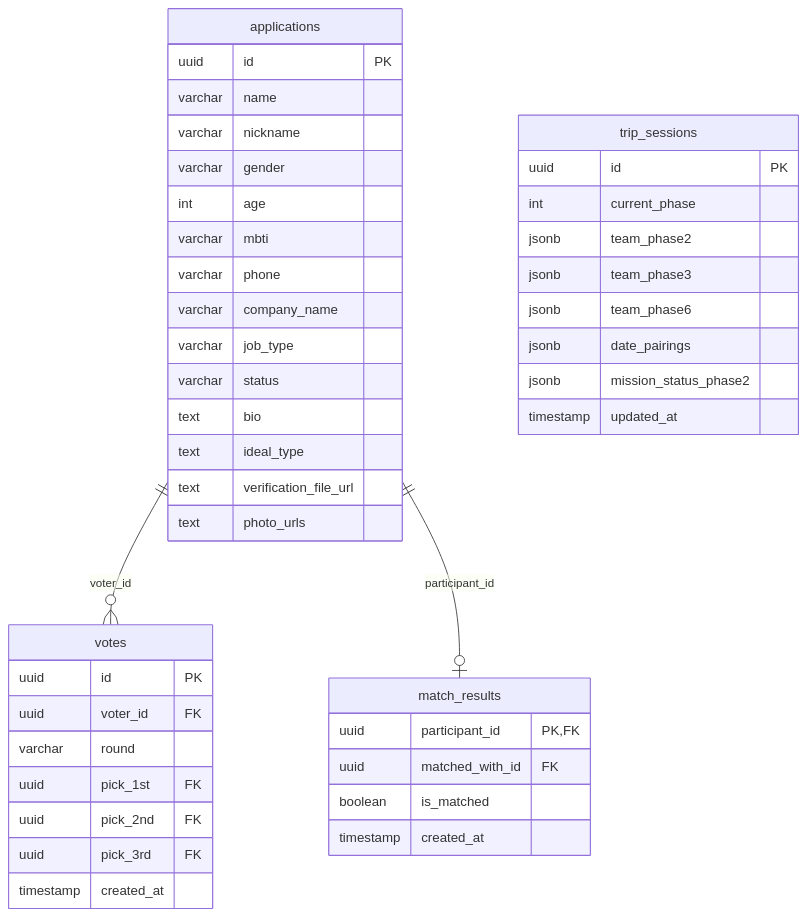
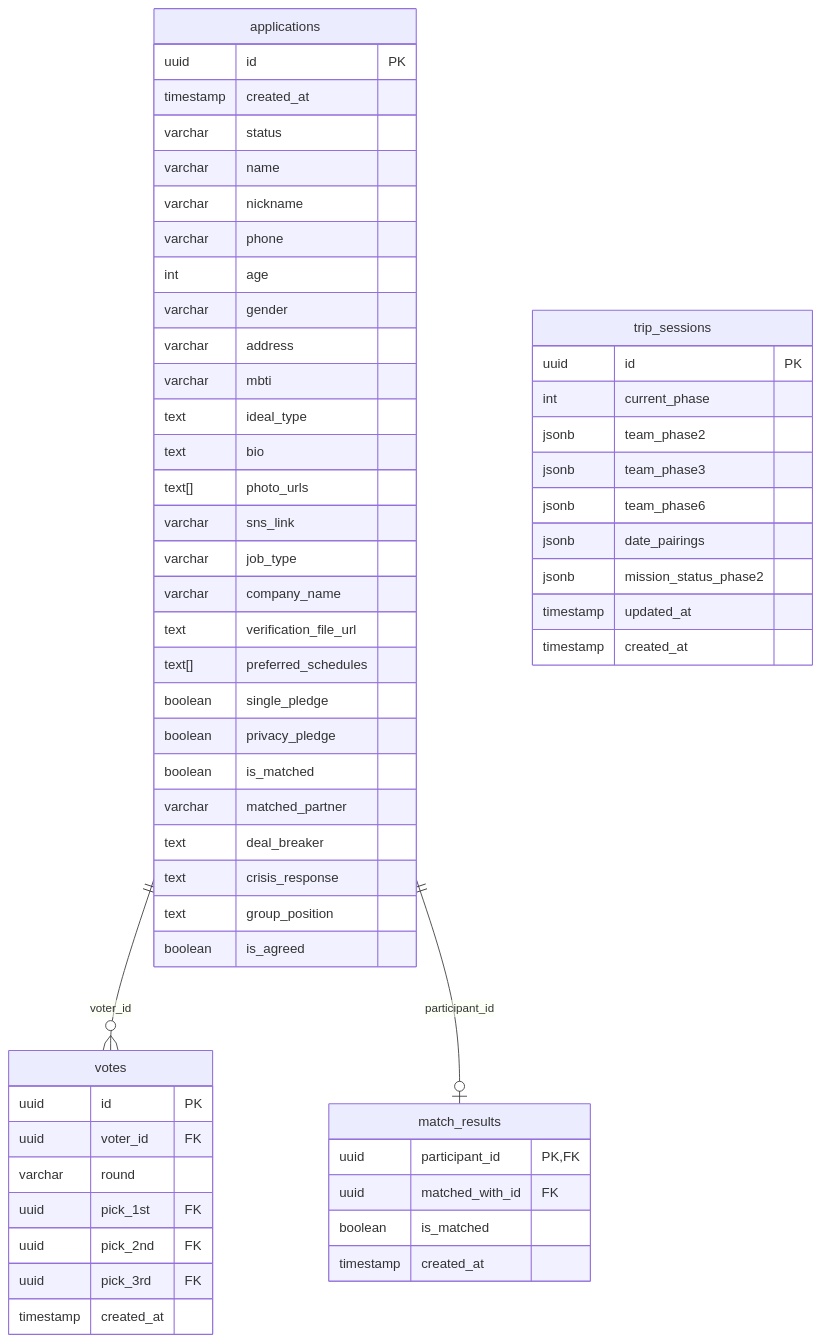
The diagram in Signal_Trip_Master_Blueprint.md (pitekuss-create/signal_trip), drawn with Mermaid before and after one commit. The commit also changed other lines of this file and 6 other files, not shown here.

````diff
--- a/Signal_Trip_Master_Blueprint.md
+++ b/Signal_Trip_Master_Blueprint.md
@@ -95,50 +107,63 @@
 ```mermaid
 erDiagram
     applications {
         uuid id PK
+        timestamp created_at
+        varchar status
         varchar name
         varchar nickname
+        varchar phone
+        int age
         varchar gender
-        int age
+        varchar address
         varchar mbti
-        varchar phone
+        text ideal_type
+        text bio
+        text[] photo_urls
+        varchar sns_link
+        varchar job_type
         varchar company_name
-        varchar job_type
-        varchar status
-        text bio
-        text ideal_type
         text verification_file_url
-        text photo_urls
+        text[] preferred_schedules
+        boolean single_pledge
+        boolean privacy_pledge
+        boolean is_matched
+        varchar matched_partner
+        text deal_breaker
+        text crisis_response
+        text group_position
+        boolean is_agreed
     }
     
     trip_sessions {
         uuid id PK
         int current_phase
         jsonb team_phase2
         jsonb team_phase3
         jsonb team_phase6
         jsonb date_pairings
         jsonb mission_status_phase2
         timestamp updated_at
+        timestamp created_at
     }
  
     votes {
         uuid id PK
         uuid voter_id FK
         varchar round
         uuid pick_1st FK
         uuid pick_2nd FK
         uuid pick_3rd FK
         timestamp created_at
     }
  
     match_results {
         uuid participant_id PK, FK
         uuid matched_with_id FK
         boolean is_matched
         timestamp created_at
     }
  
     applications ||--o{ votes : "voter_id"
     applications ||--o| match_results : "participant_id"
 ```
````
